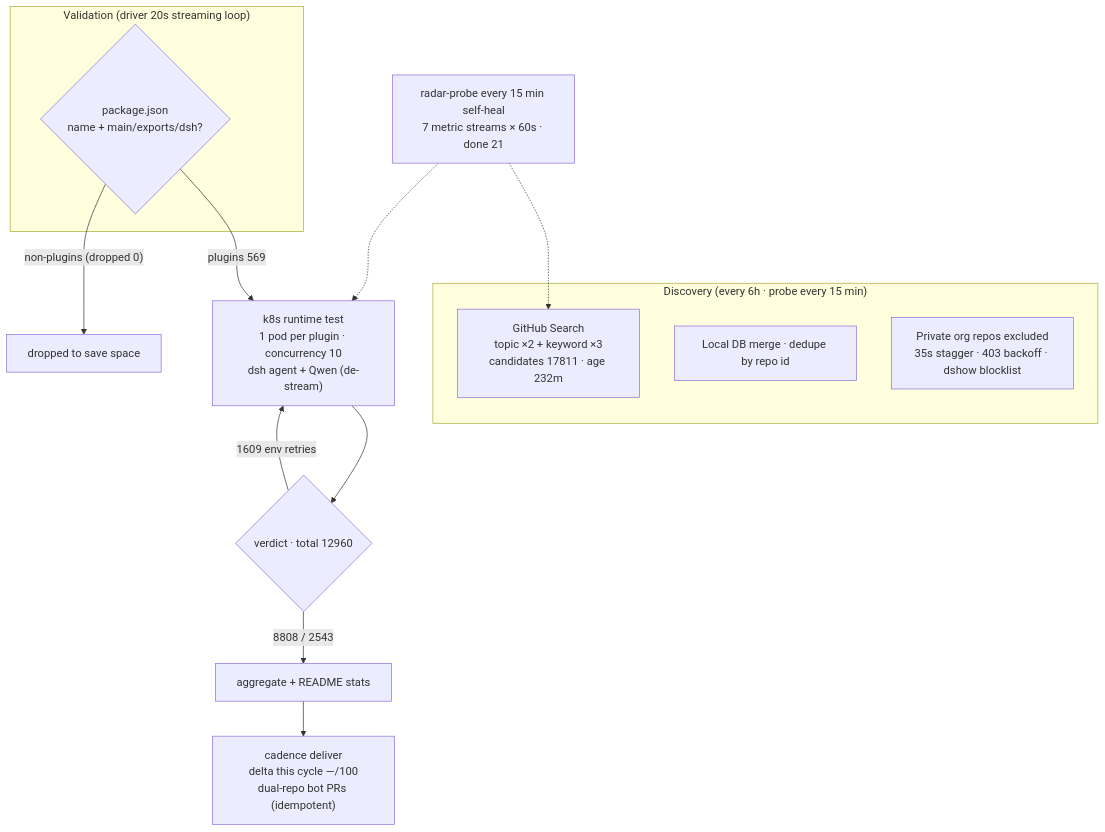
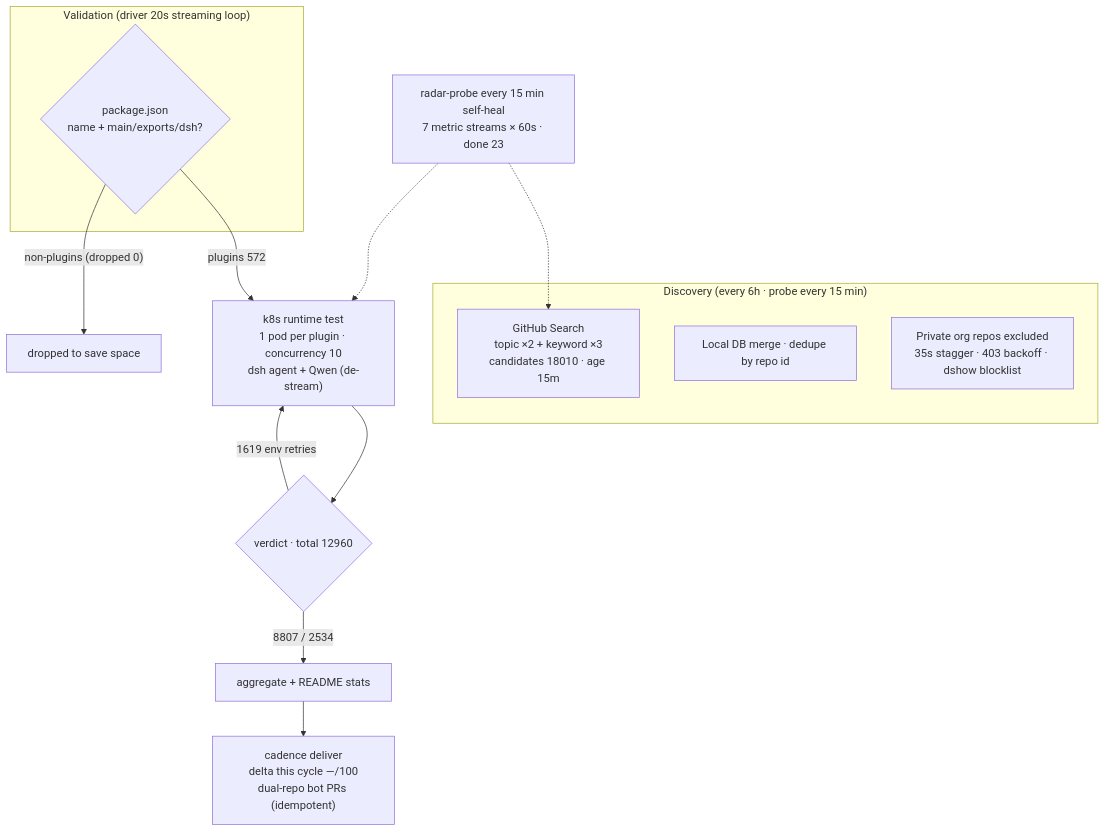
One commit to AdamPlatin123/awesome-dsh-plugins changed the diagram in README.en-US.md. Above: the diagram before and after it, drawn with Mermaid. The commit also changed other lines of this file and 5 other files, not shown here.

````diff
--- a/README.en-US.md
+++ b/README.en-US.md
@@ -45,20 +45,20 @@
 ```mermaid
 flowchart TB
     subgraph Discovery["Discovery (every 6h · probe every 15 min)"]
-        A1["GitHub Search<br/>topic ×2 + keyword ×3<br/>candidates 17811 · age 232m"]
+        A1["GitHub Search<br/>topic ×2 + keyword ×3<br/>candidates 18010 · age 15m"]
         A2["Local DB merge · dedupe by repo id"]
         A3["Private org repos excluded<br/>35s stagger · 403 backoff · dshow blocklist"]
     end
     subgraph Validation["Validation (driver 20s streaming loop)"]
         B1{"package.json<br/>name + main/exports/dsh?"}
     end
-    B1 -->|"plugins 569"| C1["k8s runtime test<br/>1 pod per plugin · concurrency 10<br/>dsh agent + Qwen (de-stream)"]
+    B1 -->|"plugins 572"| C1["k8s runtime test<br/>1 pod per plugin · concurrency 10<br/>dsh agent + Qwen (de-stream)"]
     B1 -->|"non-plugins (dropped 0)"| B3["dropped to save space"]
     C1 --> D1{"verdict · total 12960"}
-    D1 -->|"8808 / 2543"| E1["aggregate + README stats"]
-    D1 -->|"1609 env retries"| C1
+    D1 -->|"8807 / 2534"| E1["aggregate + README stats"]
+    D1 -->|"1619 env retries"| C1
     E1 --> E2["cadence deliver<br/>delta this cycle —/100<br/>dual-repo bot PRs (idempotent)"]
-    M["radar-probe every 15 min self-heal<br/>7 metric streams × 60s · done 21"]
+    M["radar-probe every 15 min self-heal<br/>7 metric streams × 60s · done 23"]
     M -.-> A1
     M -.-> C1
 ```
````
